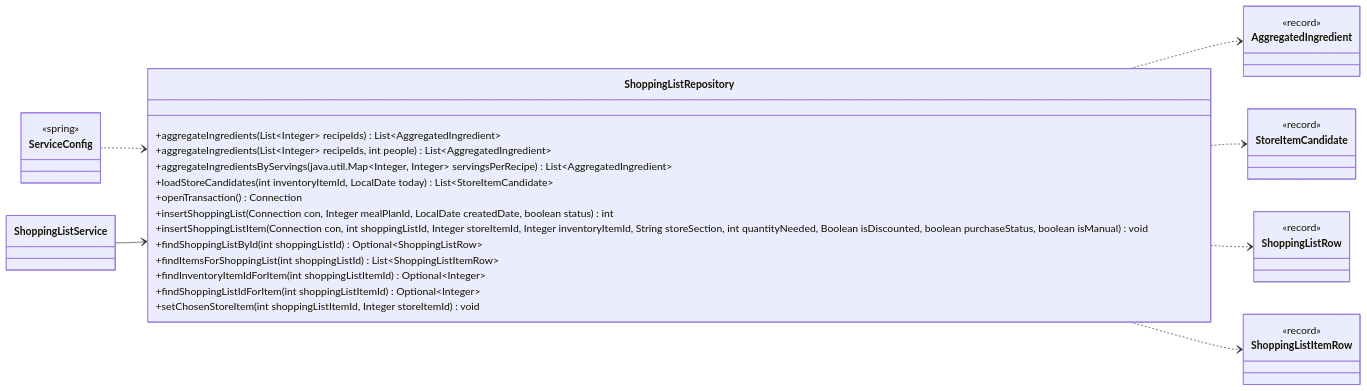
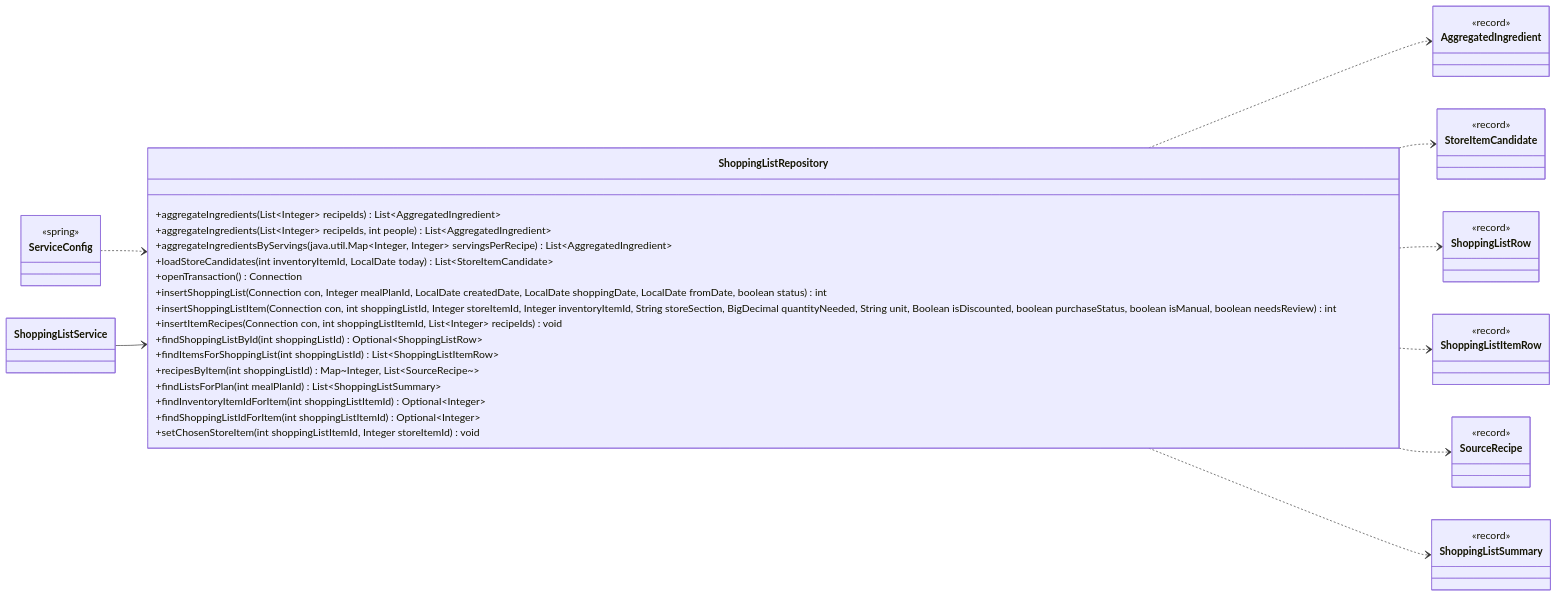
One commit to Nate-ryan-7690/dahaem changed the eighth of 14 diagrams in docs/classes/shopping.md. Above: the diagram before and after it, drawn with Mermaid. The commit also changed other lines of this file and 27 other files, not shown here.

Commit message:
Shopping list: a shopping day, real amounts with units, kept unavailable lines, recipes per line, review flag

````diff
--- a/docs/classes/shopping.md
+++ b/docs/classes/shopping.md
@@ -328,40 +370,51 @@
 ```mermaid
 classDiagram
     direction LR
     class shopping_ShoppingListRepository["ShoppingListRepository"] {
         +aggregateIngredients(List~Integer~ recipeIds) List~AggregatedIngredient~
         +aggregateIngredients(List~Integer~ recipeIds, int people) List~AggregatedIngredient~
         +aggregateIngredientsByServings(java.util.Map~Integer, Integer~ servingsPerRecipe) List~AggregatedIngredient~
         +loadStoreCandidates(int inventoryItemId, LocalDate today) List~StoreItemCandidate~
         +openTransaction() Connection
-        +insertShoppingList(Connection con, Integer mealPlanId, LocalDate createdDate, boolean status) int
-        +insertShoppingListItem(Connection con, int shoppingListId, Integer storeItemId, Integer inventoryItemId, String storeSection, int quantityNeeded, Boolean isDiscounted, boolean purchaseStatus, boolean isManual) void
+        +insertShoppingList(Connection con, Integer mealPlanId, LocalDate createdDate, LocalDate shoppingDate, LocalDate fromDate, boolean status) int
+        +insertShoppingListItem(Connection con, int shoppingListId, Integer storeItemId, Integer inventoryItemId, String storeSection, BigDecimal quantityNeeded, String unit, Boolean isDiscounted, boolean purchaseStatus, boolean isManual, boolean needsReview) int
+        +insertItemRecipes(Connection con, int shoppingListItemId, List~Integer~ recipeIds) void
         +findShoppingListById(int shoppingListId) Optional~ShoppingListRow~
         +findItemsForShoppingList(int shoppingListId) List~ShoppingListItemRow~
+        +recipesByItem(int shoppingListId) Map~Integer, List~SourceRecipe~~
+        +findListsForPlan(int mealPlanId) List~ShoppingListSummary~
         +findInventoryItemIdForItem(int shoppingListItemId) Optional~Integer~
         +findShoppingListIdForItem(int shoppingListItemId) Optional~Integer~
         +setChosenStoreItem(int shoppingListItemId, Integer storeItemId) void
     }
     class shopping_ShoppingListService["ShoppingListService"]
     class shopping_AggregatedIngredient["AggregatedIngredient"] {
         <<record>>
     }
     class shopping_StoreItemCandidate["StoreItemCandidate"] {
         <<record>>
     }
     class shopping_ShoppingListRow["ShoppingListRow"] {
         <<record>>
     }
     class shopping_ShoppingListItemRow["ShoppingListItemRow"] {
         <<record>>
     }
+    class shopping_SourceRecipe["SourceRecipe"] {
+        <<record>>
+    }
+    class shopping_ShoppingListSummary["ShoppingListSummary"] {
+        <<record>>
+    }
     class api_ServiceConfig["ServiceConfig"] {
         <<spring>>
     }
     shopping_ShoppingListRepository ..> shopping_AggregatedIngredient
     shopping_ShoppingListRepository ..> shopping_StoreItemCandidate
     shopping_ShoppingListRepository ..> shopping_ShoppingListRow
     shopping_ShoppingListRepository ..> shopping_ShoppingListItemRow
+    shopping_ShoppingListRepository ..> shopping_SourceRecipe
+    shopping_ShoppingListRepository ..> shopping_ShoppingListSummary
     api_ServiceConfig ..> shopping_ShoppingListRepository
     shopping_ShoppingListService --> shopping_ShoppingListRepository
 ```
````
